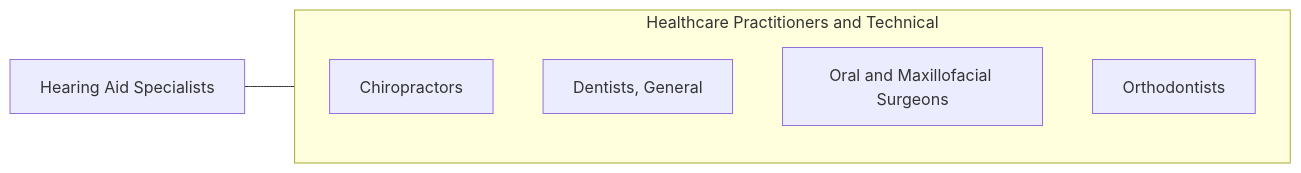
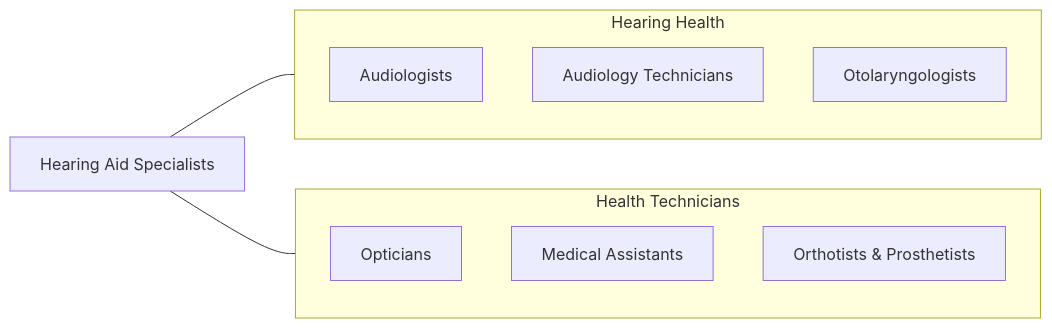
Before and after one commit to kziemski/business.org.ai: the fourth of 4 diagrams in occupations/HealthcarePractitioners/HearingAidSpecialists.mdx, drawn with Mermaid. The commit also changed other lines of this file and 938 other files, not shown here.

````diff
--- a/occupations/HealthcarePractitioners/HearingAidSpecialists.mdx
+++ b/occupations/HealthcarePractitioners/HearingAidSpecialists.mdx
@@ -110,13 +181,19 @@
 ```mermaid
 graph LR
     Current["Hearing Aid Specialists"]
 
-    subgraph SameCategory["Healthcare Practitioners and Technical"]
-        Chiropractors["Chiropractors"]
-        DentistsGeneral["Dentists, General"]
-        OralAndMaxillofacial["Oral and Maxillofacial Surgeons"]
-        Orthodontists["Orthodontists"]
+    subgraph HearingTeam["Hearing Health"]
+        Audiologists["Audiologists"]
+        AudioTechs["Audiology Technicians"]
+        ENTs["Otolaryngologists"]
     end
 
-    Current --- SameCategory
+    subgraph HealthTech["Health Technicians"]
+        OpticiansDisp["Opticians"]
+        MedAssist["Medical Assistants"]
+        OrthotistsP["Orthotists & Prosthetists"]
+    end
+
+    Current --- HearingTeam
+    Current --- HealthTech
 ```
````
